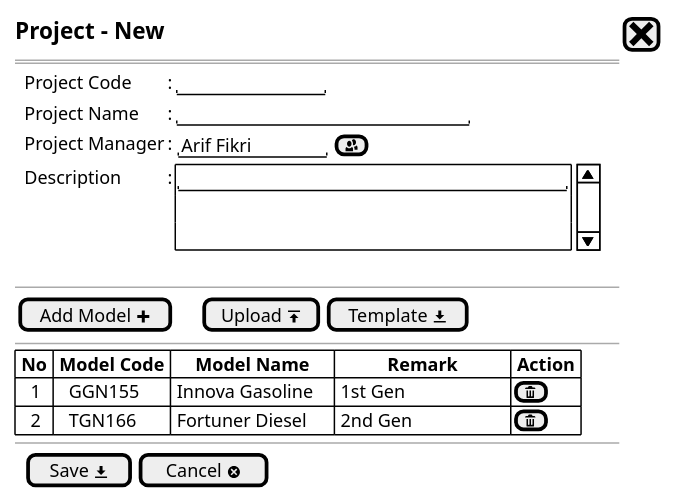
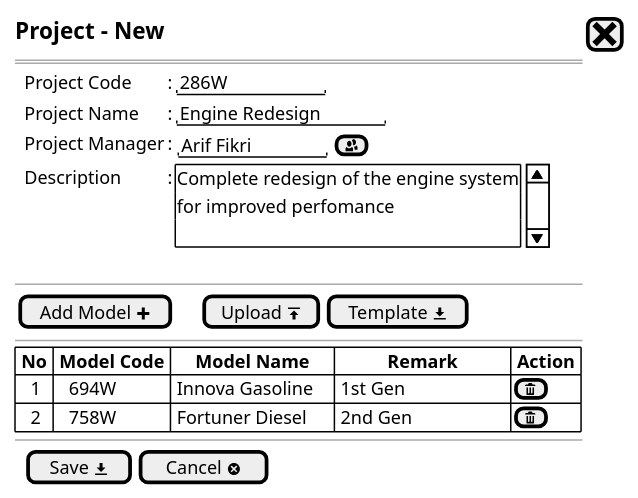
The diagram in Project/project - new step1b.puml (ari-fikri/packing-cost-mockup), drawn with PlantUML before and after one commit. The commit also changed 11 other files, not shown here.

```diff
--- a/Project/project - new step1b.puml
+++ b/Project/project - new step1b.puml
@@ -1,29 +1,29 @@
 @startsalt
 {
   <size:15><b>Project - New|[<size:25><&x>]|*
   ==
   {
-    .|Project Code       |: |"            "|*
-    .|Project Name       |: |"                        "|*
+    .|Project Code       |: |" 286W       "|*
+    .|Project Name       |: |" Engine Redesign "|*
     .|Project Manager    |: {|" Arif Fikri "|[<&people>]|}*
-    .|Description        |: {SI|"                                "
-    .
+    .|Description        |: {SI|Complete redesign of the engine system 
+                           for improved perfomance 
     .|}*
   }
   .
   --
   {
     [Add Model <&plus>]|.|.|.|[Upload <&data-transfer-upload>]| [Template <&data-transfer-download>]|*
   }
   --
   {#
     | <b>No | <b>Model Code |     <b>Model Name     |           <b>Remark           |<b> Action |*
-    |    1  |    GGN155     | Innova Gasoline       | 1st Gen                       | [<&trash>]|*
-    |    2  |    TGN166     | Fortuner Diesel       | 2nd Gen                       | [<&trash>]|*
+    |    1  |    694W     | Innova Gasoline       | 1st Gen                       | [<&trash>]|*
+    |    2  |    758W     | Fortuner Diesel       | 2nd Gen                       | [<&trash>]|*
   }
   --
   {
   .|[ Save <&data-transfer-download>] |  [Cancel <&circle-x> ]|*
   }
 }
 @endsalt
```
